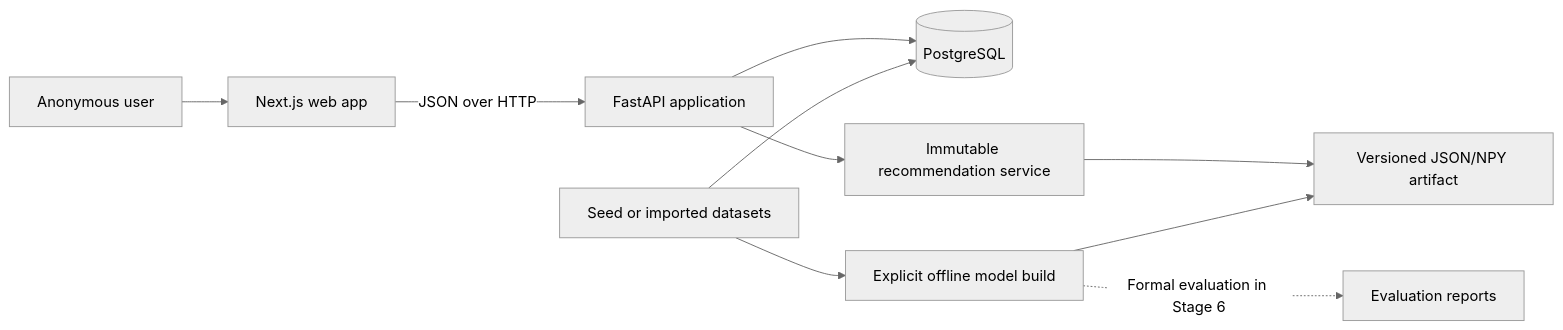
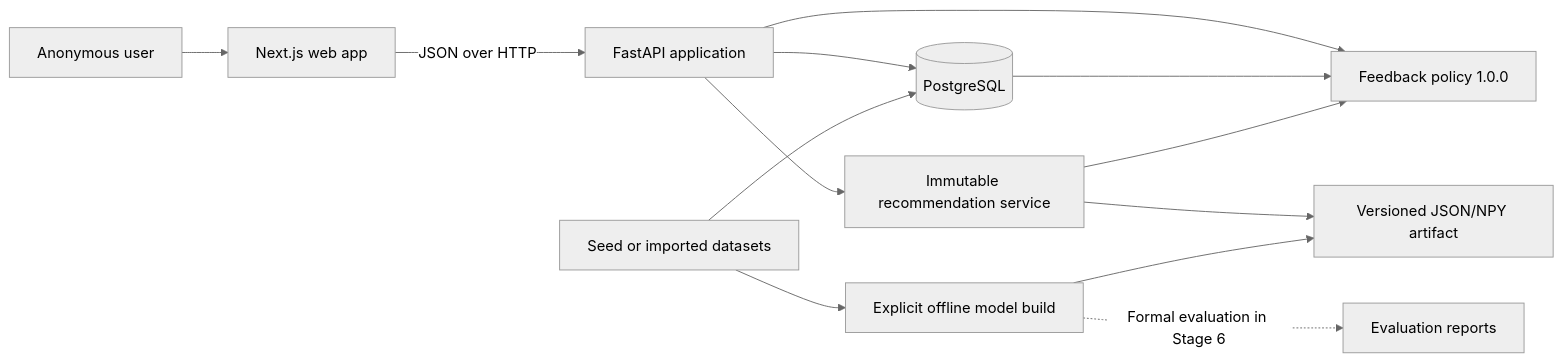
Before and after one commit to Khang206206/gamelens-ai: the diagram in README.md, drawn with Mermaid (neutral theme). The commit also changed other lines of this file and 101 other files, not shown here.

````diff
--- a/README.md
+++ b/README.md
@@ -77,12 +102,15 @@
 ```mermaid
 flowchart LR
     U["Anonymous user"] --> W["Next.js web app"]
     W -->|"JSON over HTTP"| A["FastAPI application"]
     A --> P[("PostgreSQL")]
     A --> R["Immutable recommendation service"]
     R --> M["Versioned JSON/NPY artifact"]
+    A --> F["Feedback policy 1.0.0"]
+    P --> F
+    R --> F
     T["Explicit offline model build"] --> M
     T -. "Formal evaluation in Stage 6" .-> E["Evaluation reports"]
     D["Seed or imported datasets"] --> T
     D --> P
 ```
````
